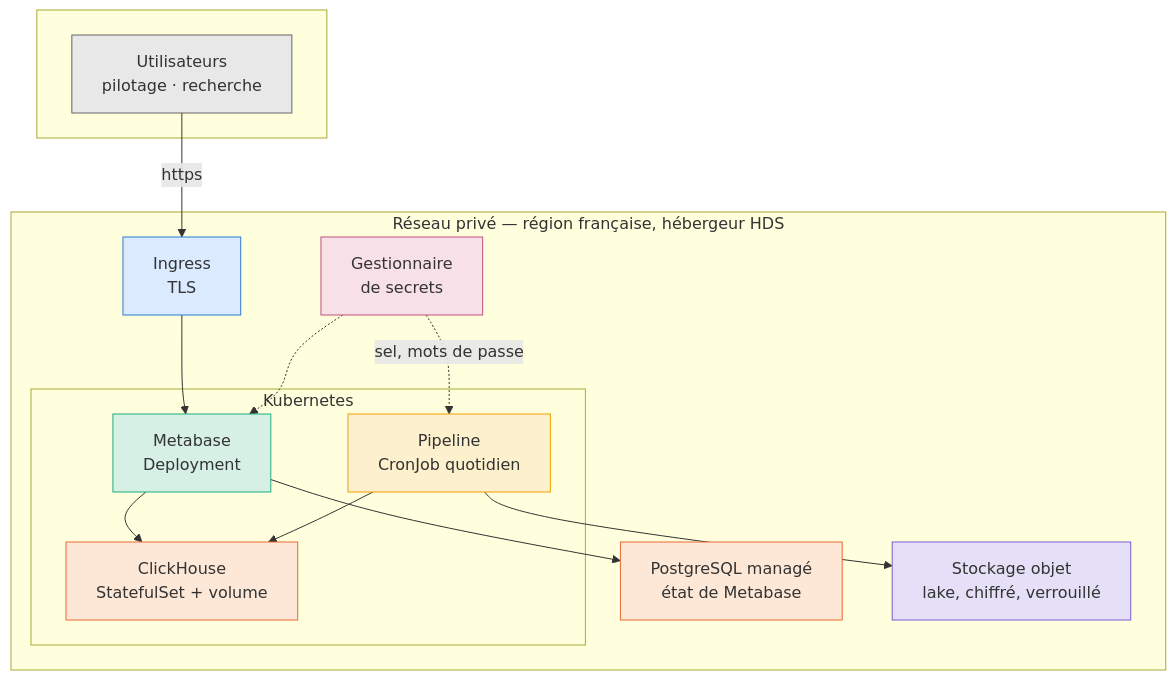
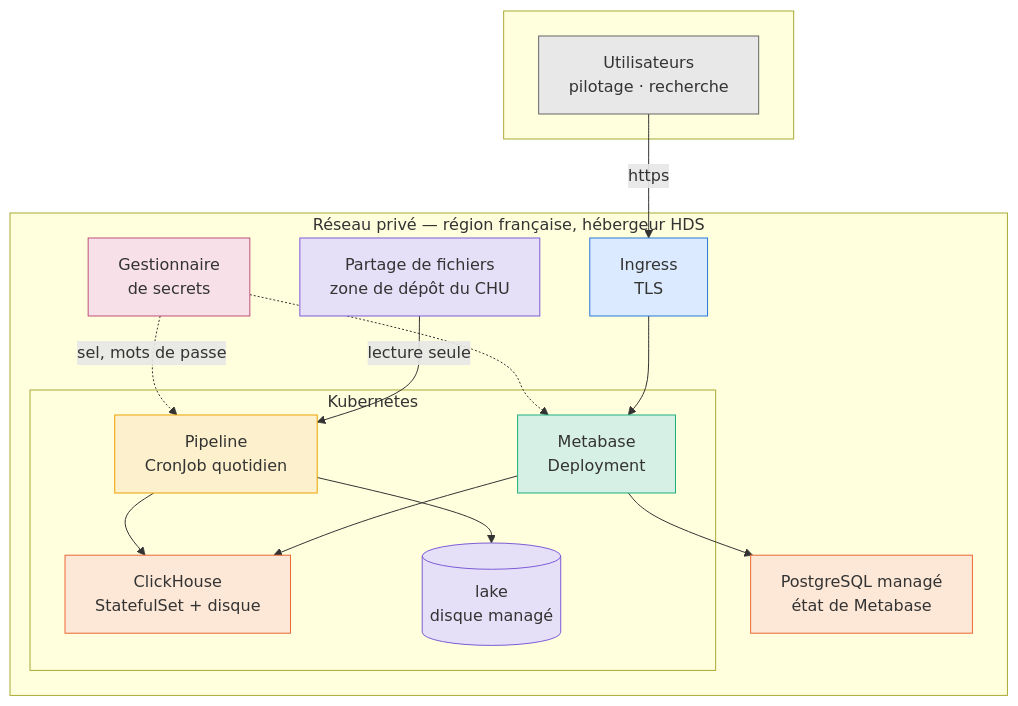
The diagram in docs/CLOUD.md (G1TS23/big-data), drawn with Mermaid before and after one commit. The commit also changed other lines of this file and 2 other files, not shown here.

````diff
--- a/docs/CLOUD.md
+++ b/docs/CLOUD.md
@@ -46,32 +48,34 @@
 ```mermaid
 flowchart TB
     subgraph internet [" "]
         U["Utilisateurs<br/>pilotage · recherche"]:::ext
     end
     subgraph vpc ["Réseau privé — région française, hébergeur HDS"]
         LB["Ingress<br/>TLS"]:::net
         subgraph k8s ["Kubernetes"]
             MB["Metabase<br/>Deployment"]:::app
-            CH["ClickHouse<br/>StatefulSet + volume"]:::db
+            CH["ClickHouse<br/>StatefulSet + disque"]:::db
             CJ["Pipeline<br/>CronJob quotidien"]:::job
+            LK[("lake<br/>disque managé")]:::sto
         end
         PG["PostgreSQL managé<br/>état de Metabase"]:::db
-        OS["Stockage objet<br/>lake, chiffré, verrouillé"]:::sto
+        AF["Partage de fichiers<br/>zone de dépôt du CHU"]:::sto
         SM["Gestionnaire<br/>de secrets"]:::sec
     end
     U -->|https| LB --> MB
     MB --> CH
     CJ --> CH
-    CJ --> OS
+    CJ --> LK
+    AF -->|lecture seule| CJ
     MB --> PG
     SM -.->|sel, mots de passe| CJ
     SM -.-> MB
 
     classDef ext fill:#e8e8e8,stroke:#666
     classDef net fill:#dbeafe,stroke:#2a78d6
     classDef app fill:#d7f0e6,stroke:#1baf7a
     classDef db fill:#fde8d7,stroke:#eb6834
     classDef job fill:#fdf0cc,stroke:#eda100
     classDef sto fill:#e5e0f7,stroke:#7c5cd6
     classDef sec fill:#f7e0e8,stroke:#c0507a
 ```
````
